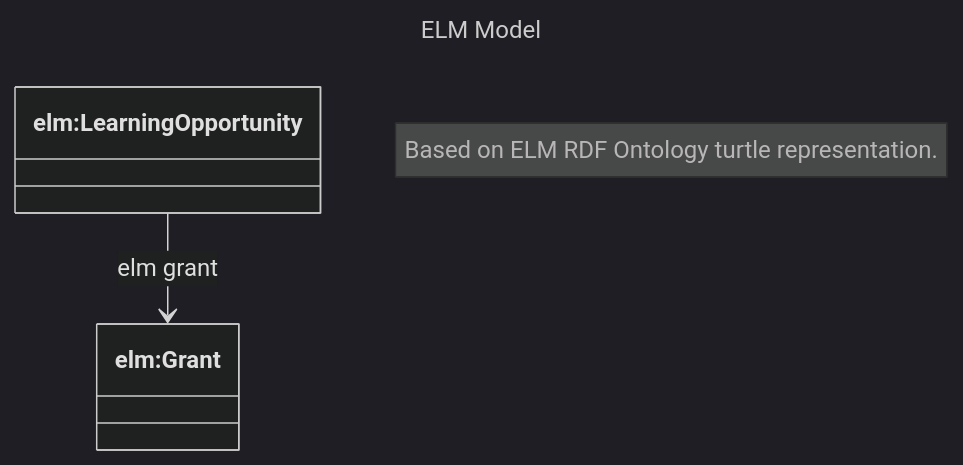
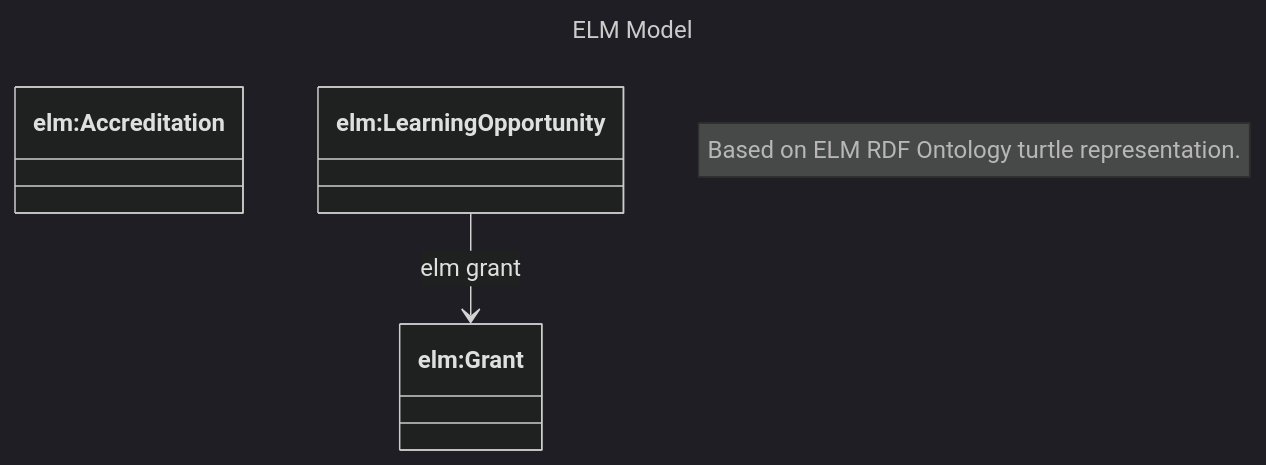
Before and after one commit to philbarker/ELM_Diag: the diagram in elm_model.md, drawn with Mermaid (dark theme).

Commit message:
adding classes

````diff
--- a/elm_model.md
+++ b/elm_model.md
@@ -2,9 +2,14 @@
 ```mermaid
 ---
 title: ELM Model
 description: European Learning Model data model diagrammed using Mermaid.
 ---
 classDiagram
    note "Based on ELM RDF Ontology turtle representation."
+
+    class `elm:Accreditation`
+    class `elm:LearningOpportunity`
+    class `elm:Grant`
+
    `elm:LearningOpportunity` --> `elm:Grant` : elm grant
 ```
````
